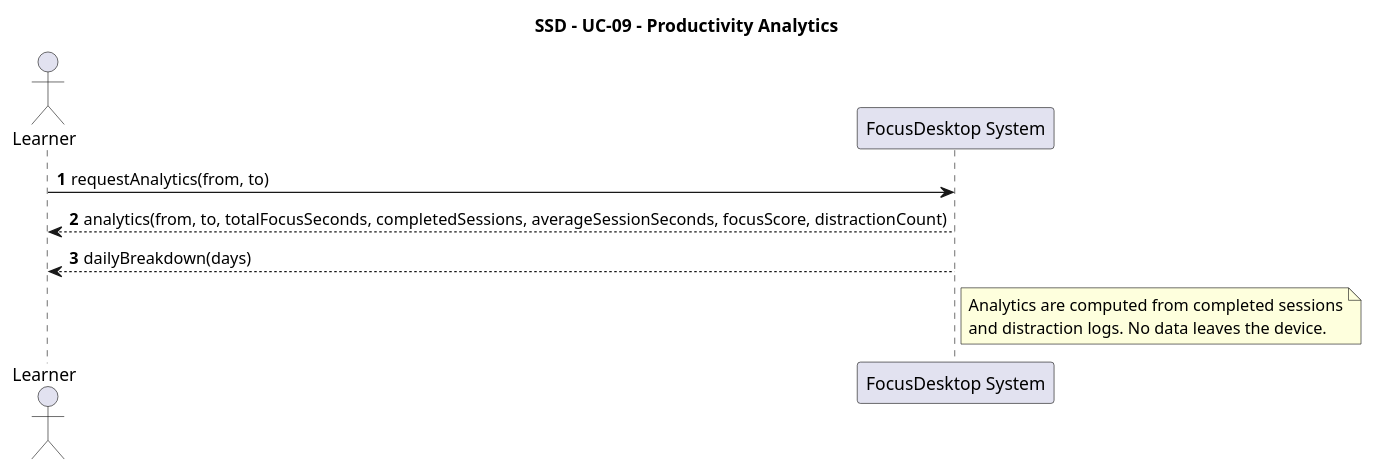
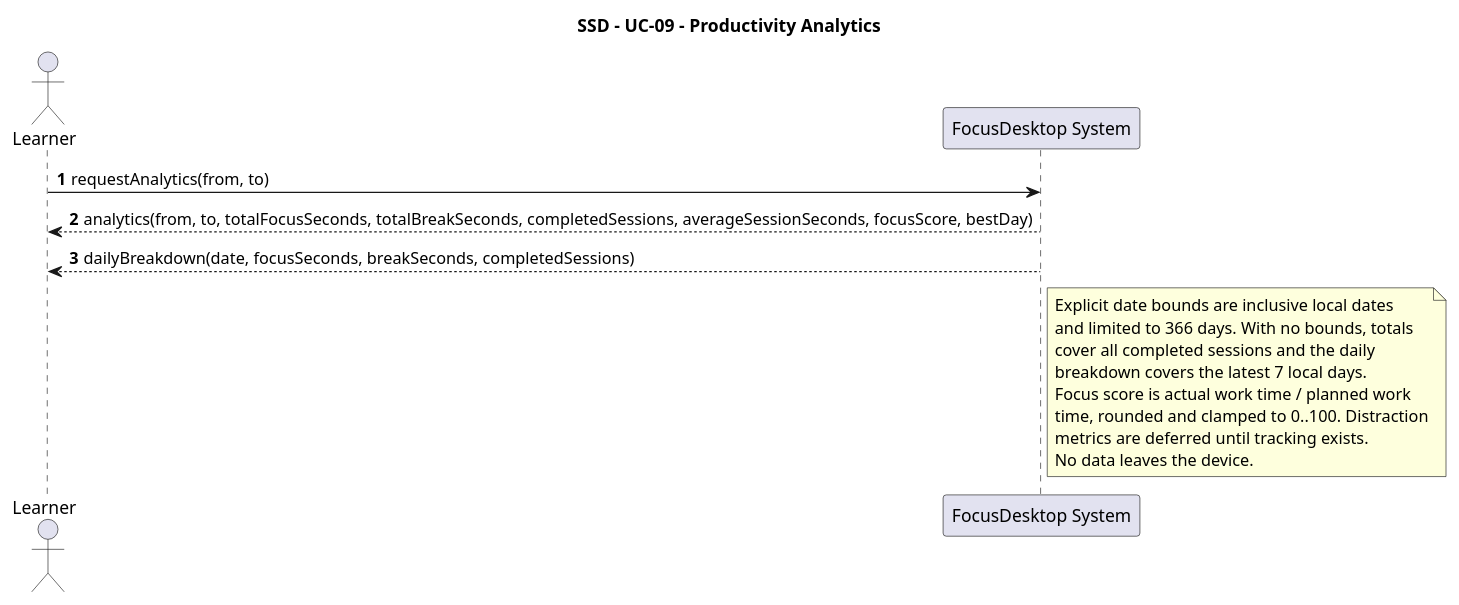
Before and after one commit to MiguelRibeiro1210/Focus-and-Study-Tracking: the diagram in docs/SSD/SSD_Analytics.puml, drawn with PlantUML. The commit also changed 14 other files, not shown here.

```diff
--- a/docs/SSD/SSD_Analytics.puml
+++ b/docs/SSD/SSD_Analytics.puml
@@ -1,17 +1,23 @@
 @startuml
 title SSD - UC-09 - Productivity Analytics
 
 autonumber
 actor Learner
 participant "FocusDesktop System" as System
 
 Learner -> System : requestAnalytics(from, to)
-System --> Learner : analytics(from, to, totalFocusSeconds, completedSessions, averageSessionSeconds, focusScore, distractionCount)
-System --> Learner : dailyBreakdown(days)
+System --> Learner : analytics(from, to, totalFocusSeconds, totalBreakSeconds, completedSessions, averageSessionSeconds, focusScore, bestDay)
+System --> Learner : dailyBreakdown(date, focusSeconds, breakSeconds, completedSessions)
 
 note right of System
-  Analytics are computed from completed sessions
-  and distraction logs. No data leaves the device.
+  Explicit date bounds are inclusive local dates
+  and limited to 366 days. With no bounds, totals
+  cover all completed sessions and the daily
+  breakdown covers the latest 7 local days.
+  Focus score is actual work time / planned work
+  time, rounded and clamped to 0..100. Distraction
+  metrics are deferred until tracking exists.
+  No data leaves the device.
 end note
 
 @enduml
```
